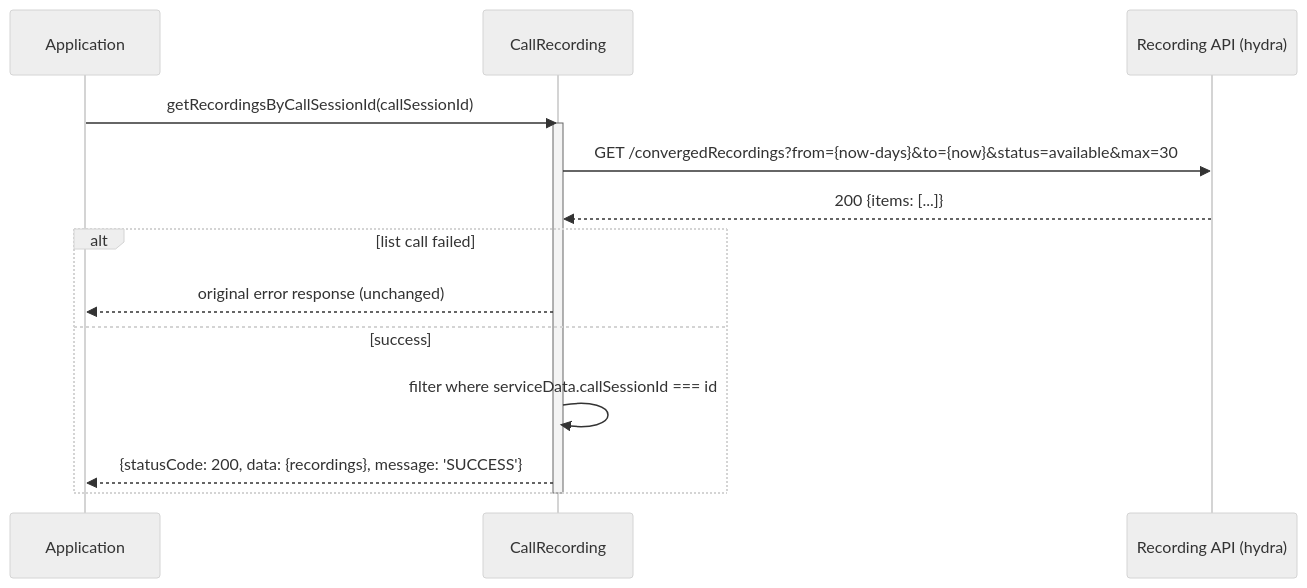
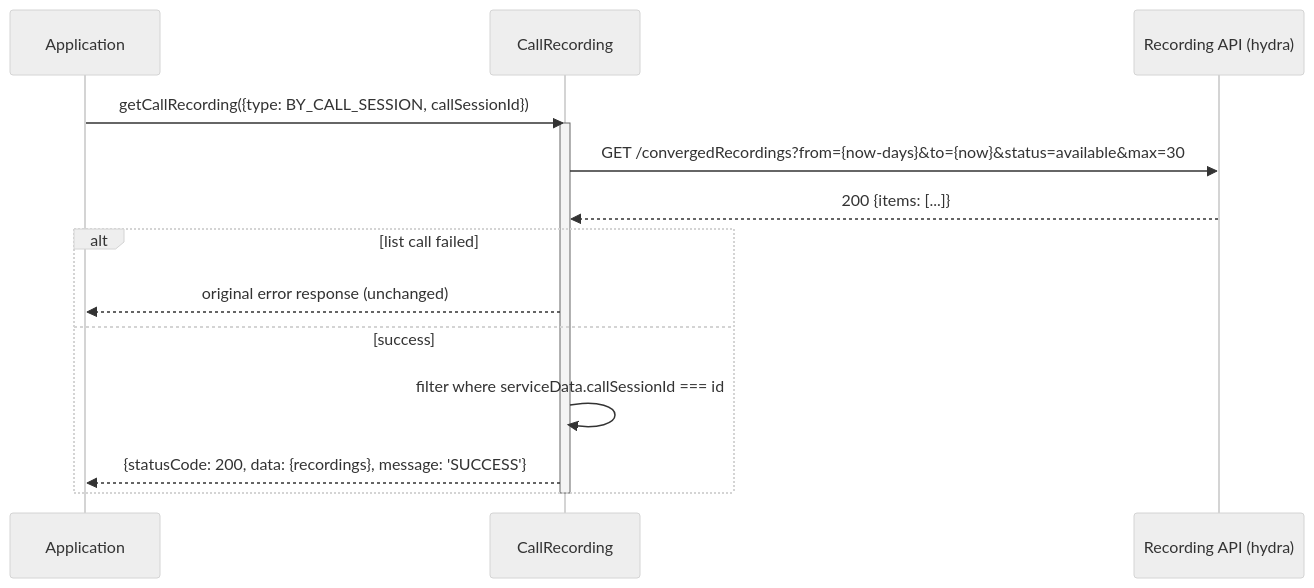
One commit to webex/webex-js-sdk changed the fifth of 6 diagrams in packages/calling/src/CallRecording/ai-docs/ARCHITECTURE.md. Above: the diagram before and after it, drawn with Mermaid (neutral theme). The commit also changed other lines of this file and 13 other files, not shown here.

Commit message:
feat(calling): consolidate recording reads into getCallRecording and add remote-party of the user

````diff
--- a/packages/calling/src/CallRecording/ai-docs/ARCHITECTURE.md
+++ b/packages/calling/src/CallRecording/ai-docs/ARCHITECTURE.md
@@ -175,18 +175,18 @@
 ```mermaid
 sequenceDiagram
     participant App as Application
     participant CR as CallRecording
     participant WxApp as Recording API (hydra)
 
-    App->>CR: getRecordingsByCallSessionId(callSessionId)
+    App->>CR: getCallRecording({type: BY_CALL_SESSION, callSessionId})
     activate CR
     CR->>WxApp: GET /convergedRecordings?from={now-days}&to={now}&status=available&max=30
     WxApp-->>CR: 200 {items: [...]}
     alt list call failed
         CR-->>App: original error response (unchanged)
     else success
         CR->>CR: filter where serviceData.callSessionId === id
         CR-->>App: {statusCode: 200, data: {recordings}, message: 'SUCCESS'}
     end
     deactivate CR
 ```
````
